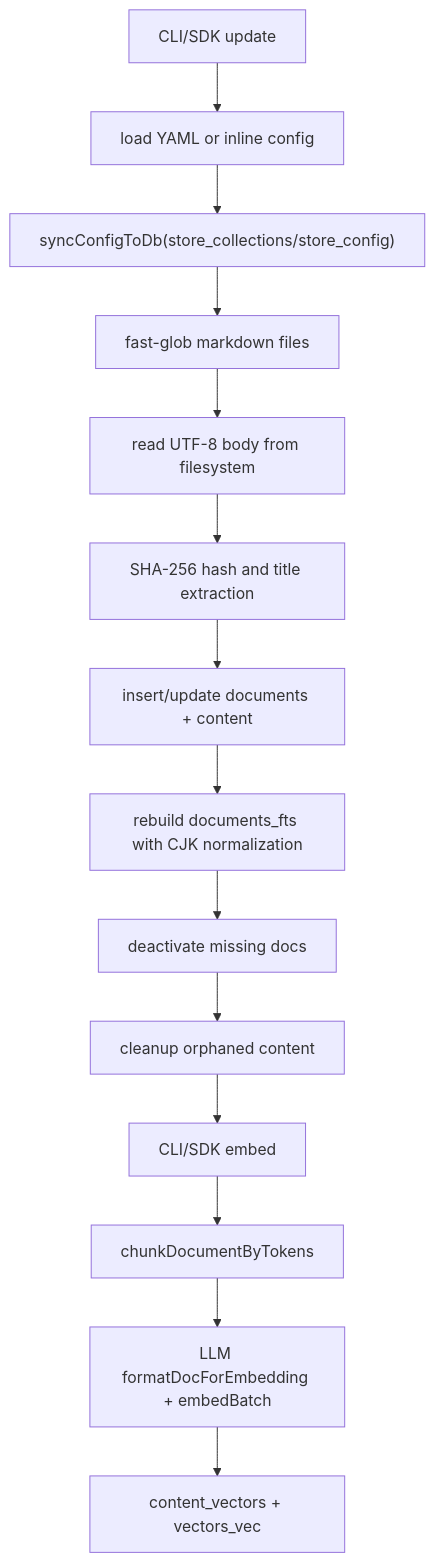
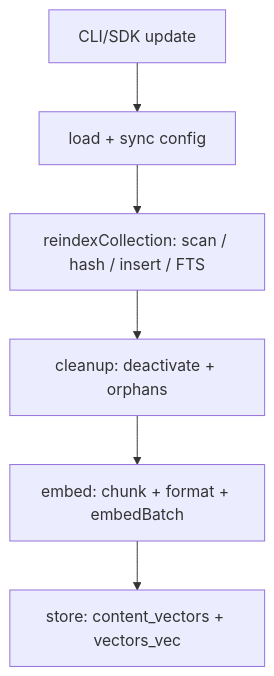
Before and after one commit to sagarsrc/qmd-fork: the third of 3 diagrams in docs/experiments/001-understanding-codebase/workers/synthesizer/output/architecture.md, drawn with Mermaid. The commit also changed other lines of this file and 4 other files, not shown here.

First line of the commit message:
docs: compact all mermaid diagrams vertically

````diff
--- a/docs/experiments/001-understanding-codebase/workers/synthesizer/output/architecture.md
+++ b/docs/experiments/001-understanding-codebase/workers/synthesizer/output/architecture.md
@@ -87,16 +87,8 @@
 ```mermaid
 flowchart TD
-    A["CLI/SDK update"] --> B["load YAML or inline config"]
-    B --> C["syncConfigToDb(store_collections/store_config)"]
-    C --> D["fast-glob markdown files"]
-    D --> E["read UTF-8 body from filesystem"]
-    E --> F["SHA-256 hash and title extraction"]
-    F --> G["insert/update documents + content"]
-    G --> H["rebuild documents_fts with CJK normalization"]
-    H --> I["deactivate missing docs"]
-    I --> J["cleanup orphaned content"]
-    J --> K["CLI/SDK embed"]
-    K --> L["chunkDocumentByTokens"]
-    L --> M["LLM formatDocForEmbedding + embedBatch"]
-    M --> N["content_vectors + vectors_vec"]
+    A["CLI/SDK update"] --> B["load + sync config"]
+    B --> C["reindexCollection: scan / hash / insert / FTS"]
+    C --> D["cleanup: deactivate + orphans"]
+    D --> E["embed: chunk + format + embedBatch"]
+    E --> F["store: content_vectors + vectors_vec"]
 ```
````
